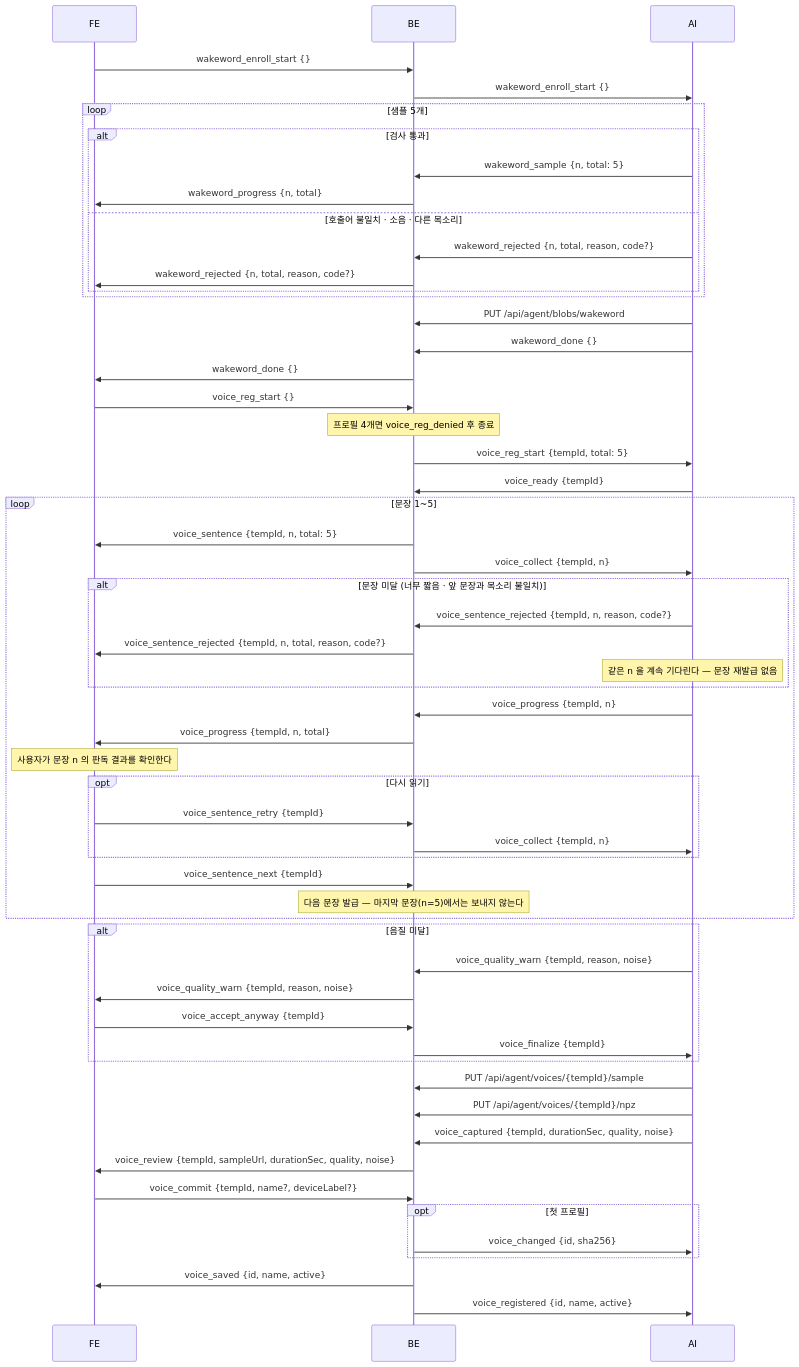
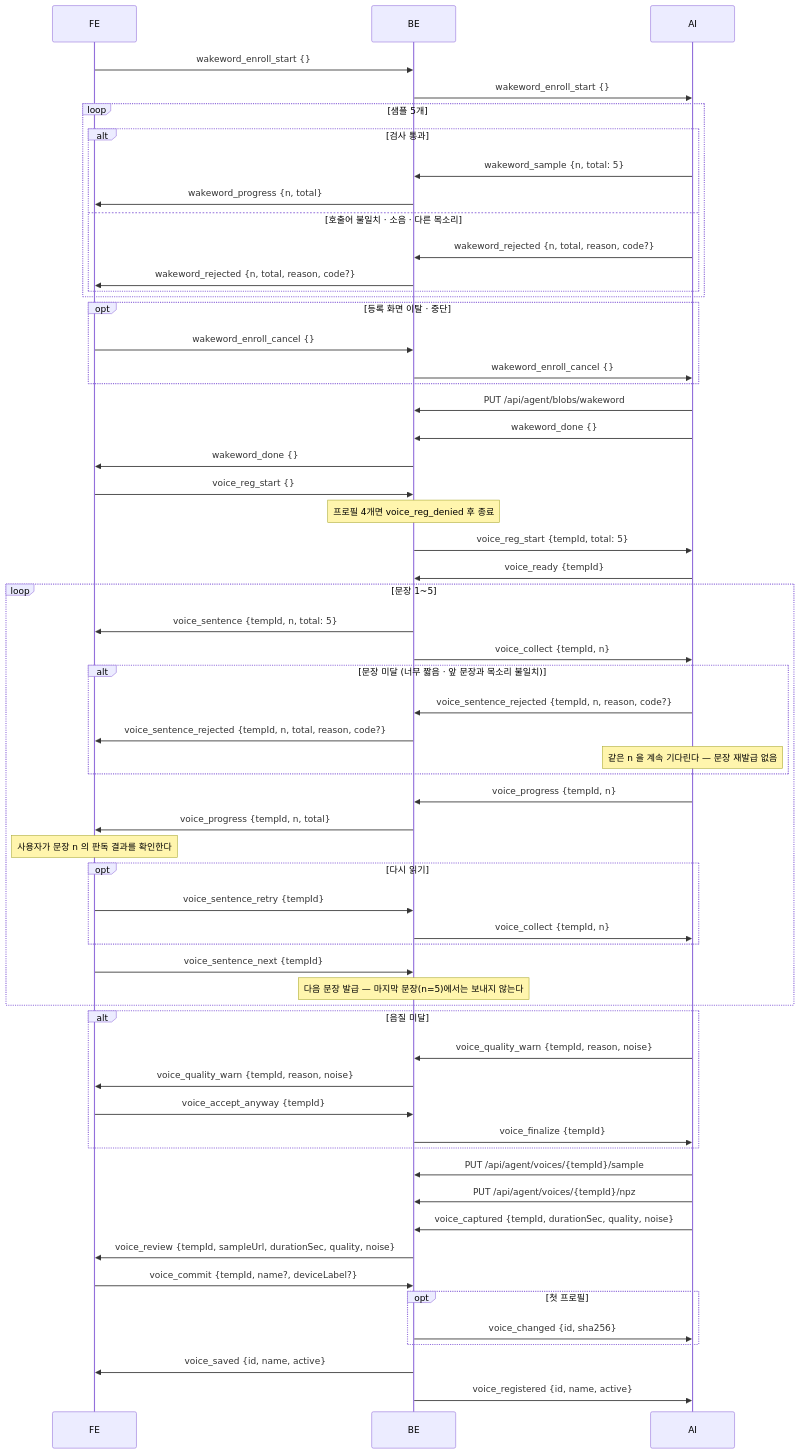
One commit to 42JH/SIA changed the tenth of 13 diagrams in Backend/docs/프로토콜.md. Above: the diagram before and after it, drawn with Mermaid. The commit also changed other lines of this file and 1 other file, not shown here.

Commit message:
S15P21D106-315 docs(BE): 프로토콜·API 명세서에 wakeword_enroll_cancel 반영
- FE→BE · BE→AI 이벤트 표와 온보딩 시퀀스에 중단 경로 추가함
- tempId 가 없는 이유(전역 blob 1개)와 회신이 없다는 점, 안 보내면 AI 가 수집 모드로 남는다는 점 명시함

````diff
--- a/Backend/docs/프로토콜.md
+++ b/Backend/docs/프로토콜.md
@@ -1055,58 +1057,62 @@
 ```mermaid
 sequenceDiagram
     participant FE
     participant BE
     participant AI
     FE->>BE: wakeword_enroll_start {}
     BE->>AI: wakeword_enroll_start {}
     loop 샘플 5개
         alt 검사 통과
             AI->>BE: wakeword_sample {n, total: 5}
             BE->>FE: wakeword_progress {n, total}
         else 호출어 불일치 · 소음 · 다른 목소리
             AI->>BE: wakeword_rejected {n, total, reason, code?}
             BE->>FE: wakeword_rejected {n, total, reason, code?}
         end
+    end
+    opt 등록 화면 이탈 · 중단
+        FE->>BE: wakeword_enroll_cancel {}
+        BE->>AI: wakeword_enroll_cancel {}
     end
     AI->>BE: PUT /api/agent/blobs/wakeword
     AI->>BE: wakeword_done {}
     BE->>FE: wakeword_done {}
     FE->>BE: voice_reg_start {}
     Note over BE: 프로필 4개면 voice_reg_denied 후 종료
     BE->>AI: voice_reg_start {tempId, total: 5}
     AI->>BE: voice_ready {tempId}
     loop 문장 1~5
         BE->>FE: voice_sentence {tempId, n, total: 5}
         BE->>AI: voice_collect {tempId, n}
         alt 문장 미달 (너무 짧음 · 앞 문장과 목소리 불일치)
             AI->>BE: voice_sentence_rejected {tempId, n, reason, code?}
             BE->>FE: voice_sentence_rejected {tempId, n, total, reason, code?}
             Note over AI: 같은 n 을 계속 기다린다 — 문장 재발급 없음
         end
         AI->>BE: voice_progress {tempId, n}
         BE->>FE: voice_progress {tempId, n, total}
         Note over FE: 사용자가 문장 n 의 판독 결과를 확인한다
         opt 다시 읽기
             FE->>BE: voice_sentence_retry {tempId}
             BE->>AI: voice_collect {tempId, n}
         end
         FE->>BE: voice_sentence_next {tempId}
         Note over BE: 다음 문장 발급 — 마지막 문장(n=5)에서는 보내지 않는다
     end
     alt 음질 미달
         AI->>BE: voice_quality_warn {tempId, reason, noise}
         BE->>FE: voice_quality_warn {tempId, reason, noise}
         FE->>BE: voice_accept_anyway {tempId}
         BE->>AI: voice_finalize {tempId}
     end
     AI->>BE: PUT /api/agent/voices/{tempId}/sample
     AI->>BE: PUT /api/agent/voices/{tempId}/npz
     AI->>BE: voice_captured {tempId, durationSec, quality, noise}
     BE->>FE: voice_review {tempId, sampleUrl, durationSec, quality, noise}
     FE->>BE: voice_commit {tempId, name?, deviceLabel?}
     opt 첫 프로필
         BE->>AI: voice_changed {id, sha256}
     end
     BE->>FE: voice_saved {id, name, active}
     BE->>AI: voice_registered {id, name, active}
 ```
````
